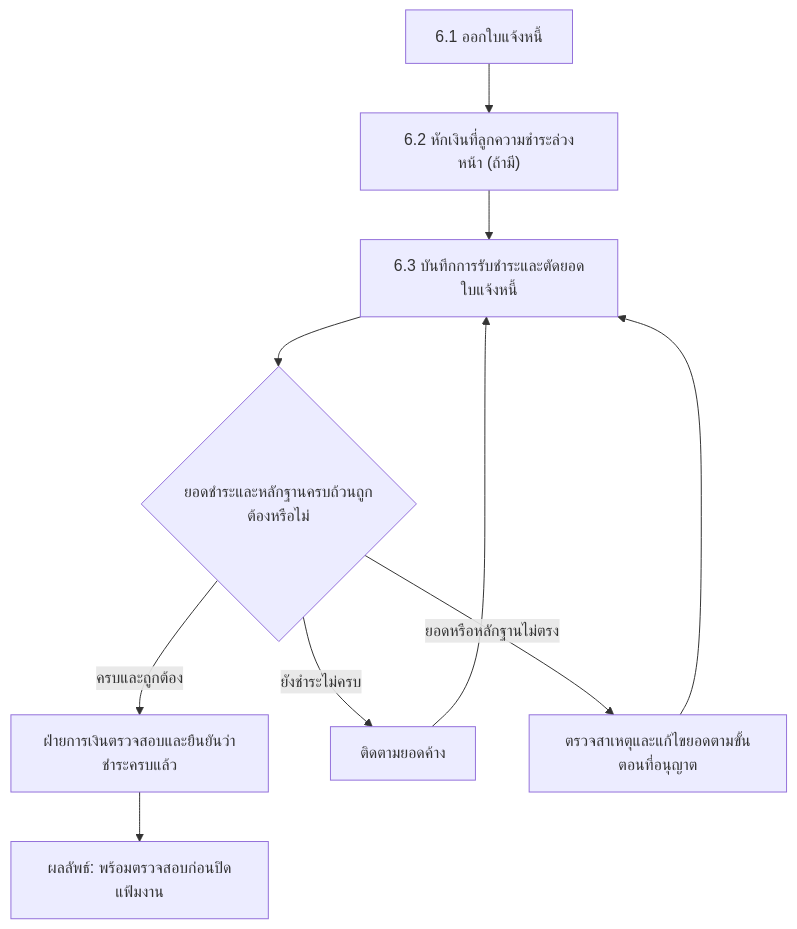
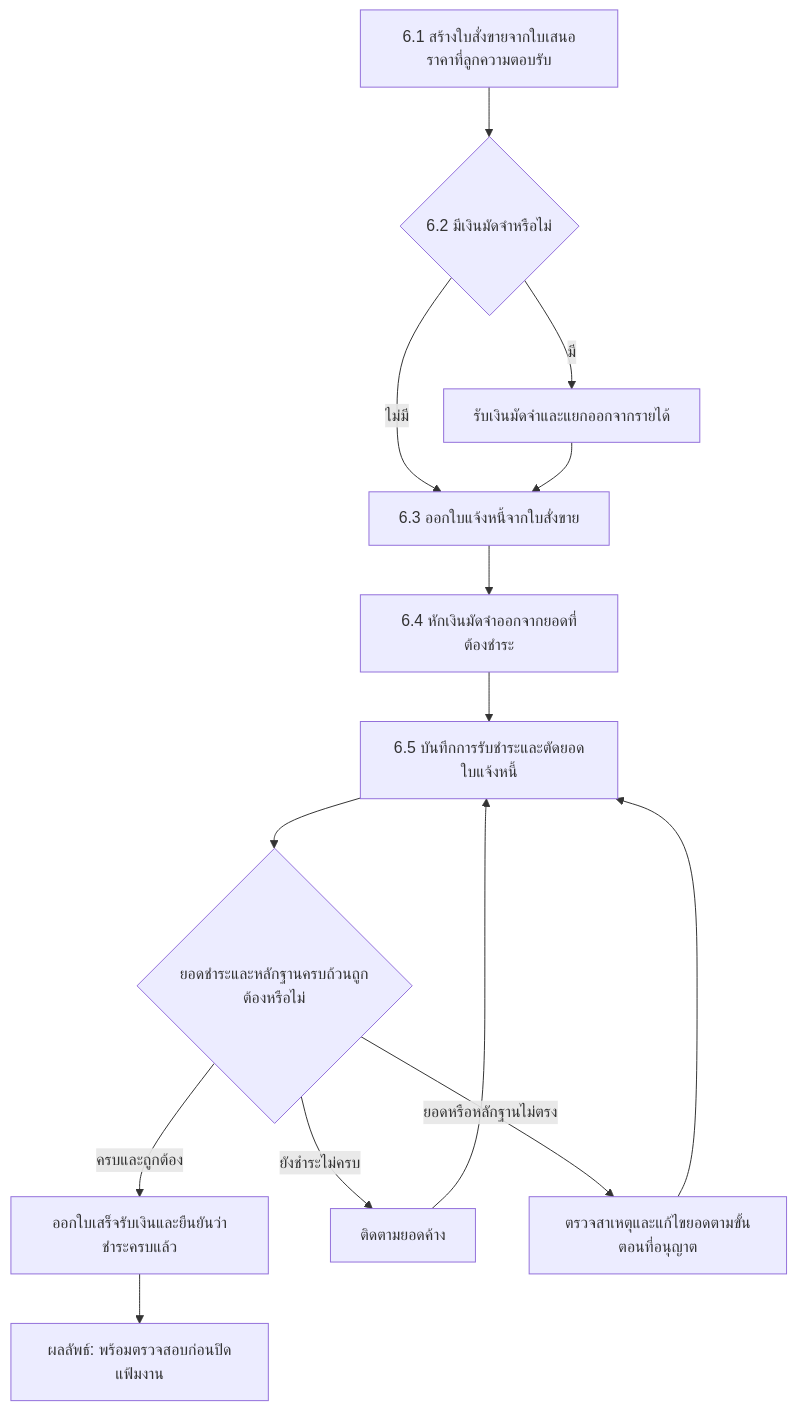
The sixth of 7 diagrams in docs/app/docs/workflow/page.mdx (yukasung/legal_erp_docs), drawn with Mermaid before and after one commit. The commit also changed other lines of this file and 19 other files, not shown here.

````diff
--- a/docs/app/docs/workflow/page.mdx
+++ b/docs/app/docs/workflow/page.mdx
@@ -200,12 +231,16 @@
 ```mermaid
 flowchart TD
-  A["6.1 ออกใบแจ้งหนี้"] --> B["6.2 หักเงินที่ลูกความชำระล่วงหน้า (ถ้ามี)"]
-  B --> C["6.3 บันทึกการรับชำระและตัดยอดใบแจ้งหนี้"]
-  C --> D{"ยอดชำระและหลักฐานครบถ้วนถูกต้องหรือไม่"}
-  D -->|ครบและถูกต้อง| E["ฝ่ายการเงินตรวจสอบและยืนยันว่าชำระครบแล้ว"]
-  D -->|ยังชำระไม่ครบ| F["ติดตามยอดค้าง"]
-  F --> C
-  D -->|ยอดหรือหลักฐานไม่ตรง| G["ตรวจสาเหตุและแก้ไขยอดตามขั้นตอนที่อนุญาต"]
-  G --> C
-  E --> R["ผลลัพธ์: พร้อมตรวจสอบก่อนปิดแฟ้มงาน"]
+  A["6.1 สร้างใบสั่งขายจากใบเสนอราคาที่ลูกความตอบรับ"] --> B{"6.2 มีเงินมัดจำหรือไม่"}
+  B -->|มี| C["รับเงินมัดจำและแยกออกจากรายได้"]
+  B -->|ไม่มี| D["6.3 ออกใบแจ้งหนี้จากใบสั่งขาย"]
+  C --> D
+  D --> E["6.4 หักเงินมัดจำออกจากยอดที่ต้องชำระ"]
+  E --> F["6.5 บันทึกการรับชำระและตัดยอดใบแจ้งหนี้"]
+  F --> G{"ยอดชำระและหลักฐานครบถ้วนถูกต้องหรือไม่"}
+  G -->|ครบและถูกต้อง| H["ออกใบเสร็จรับเงินและยืนยันว่าชำระครบแล้ว"]
+  G -->|ยังชำระไม่ครบ| I["ติดตามยอดค้าง"]
+  I --> F
+  G -->|ยอดหรือหลักฐานไม่ตรง| J["ตรวจสาเหตุและแก้ไขยอดตามขั้นตอนที่อนุญาต"]
+  J --> F
+  H --> R["ผลลัพธ์: พร้อมตรวจสอบก่อนปิดแฟ้มงาน"]
 ```
````
